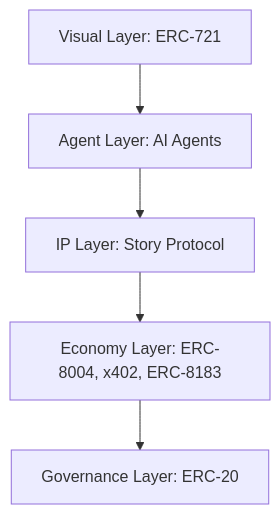
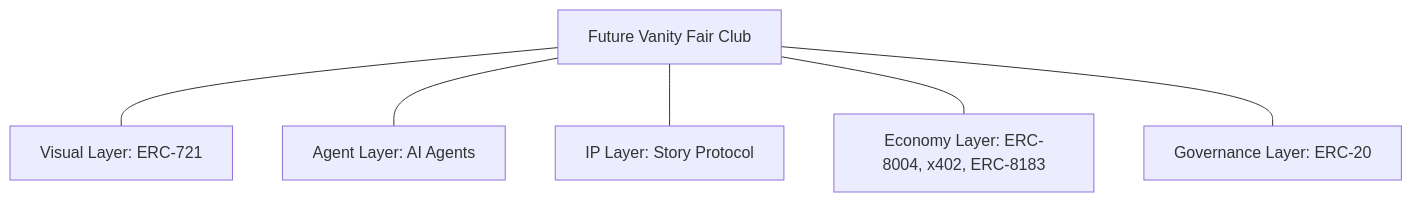
One commit to futurevanityfairclub/futurevanityfairclub changed the diagram in README.md. Above: the diagram before and after it, drawn with Mermaid. The commit also changed other lines of this file, not shown here.

Commit message:
docs: make roadmap diagram non-linear

````diff
--- a/README.md
+++ b/README.md
@@ -13,7 +13,9 @@
 ```mermaid
 graph TD
-    A[Visual Layer: ERC-721] --> B[Agent Layer: AI Agents]
-    B --> C[IP Layer: Story Protocol]
-    C --> D[Economy Layer: ERC-8004, x402, ERC-8183]
-    D --> E[Governance Layer: ERC-20]
+    FVFC[Future Vanity Fair Club]
+    FVFC --- A[Visual Layer: ERC-721]
+    FVFC --- B[Agent Layer: AI Agents]
+    FVFC --- C[IP Layer: Story Protocol]
+    FVFC --- D[Economy Layer: ERC-8004, x402, ERC-8183]
+    FVFC --- E[Governance Layer: ERC-20]
 ```
````
